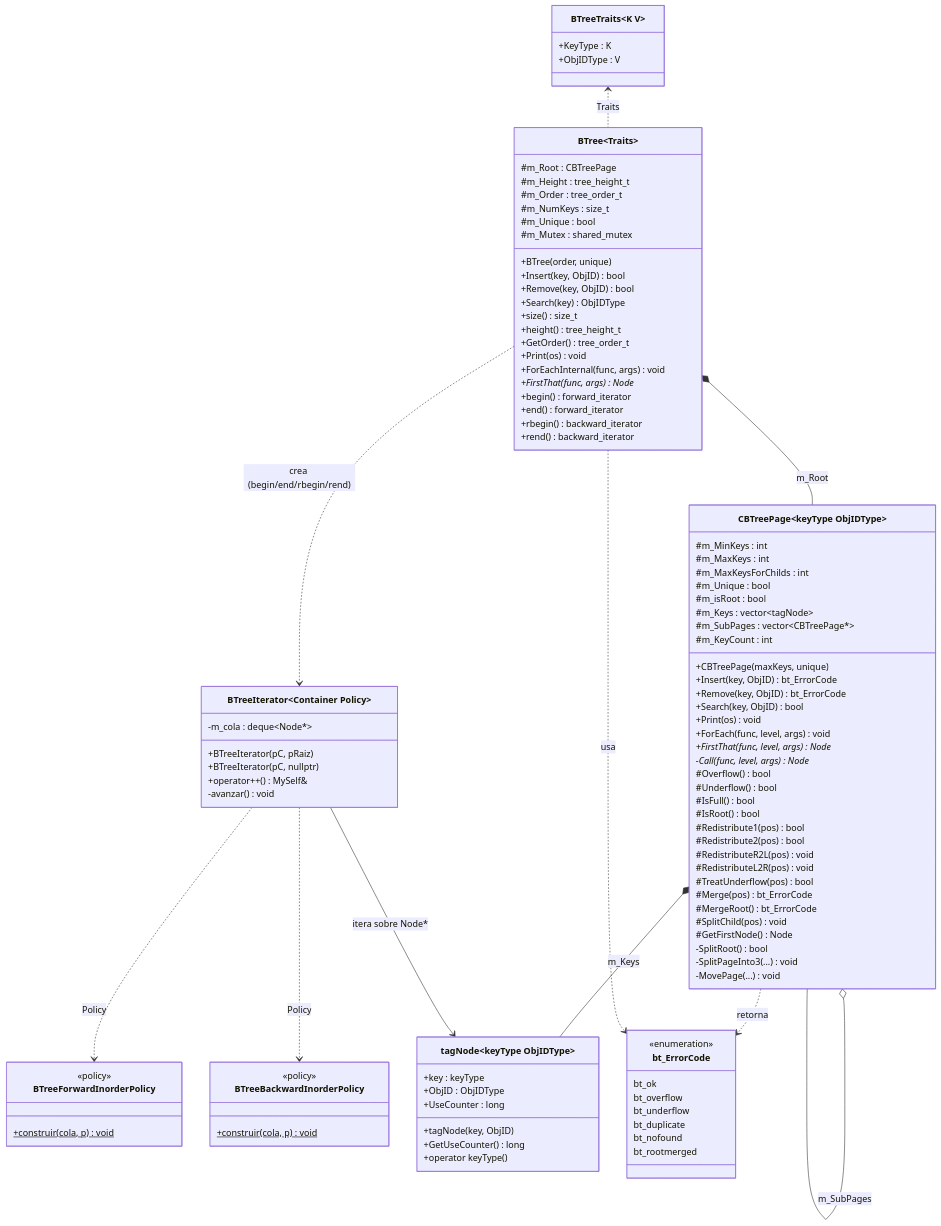
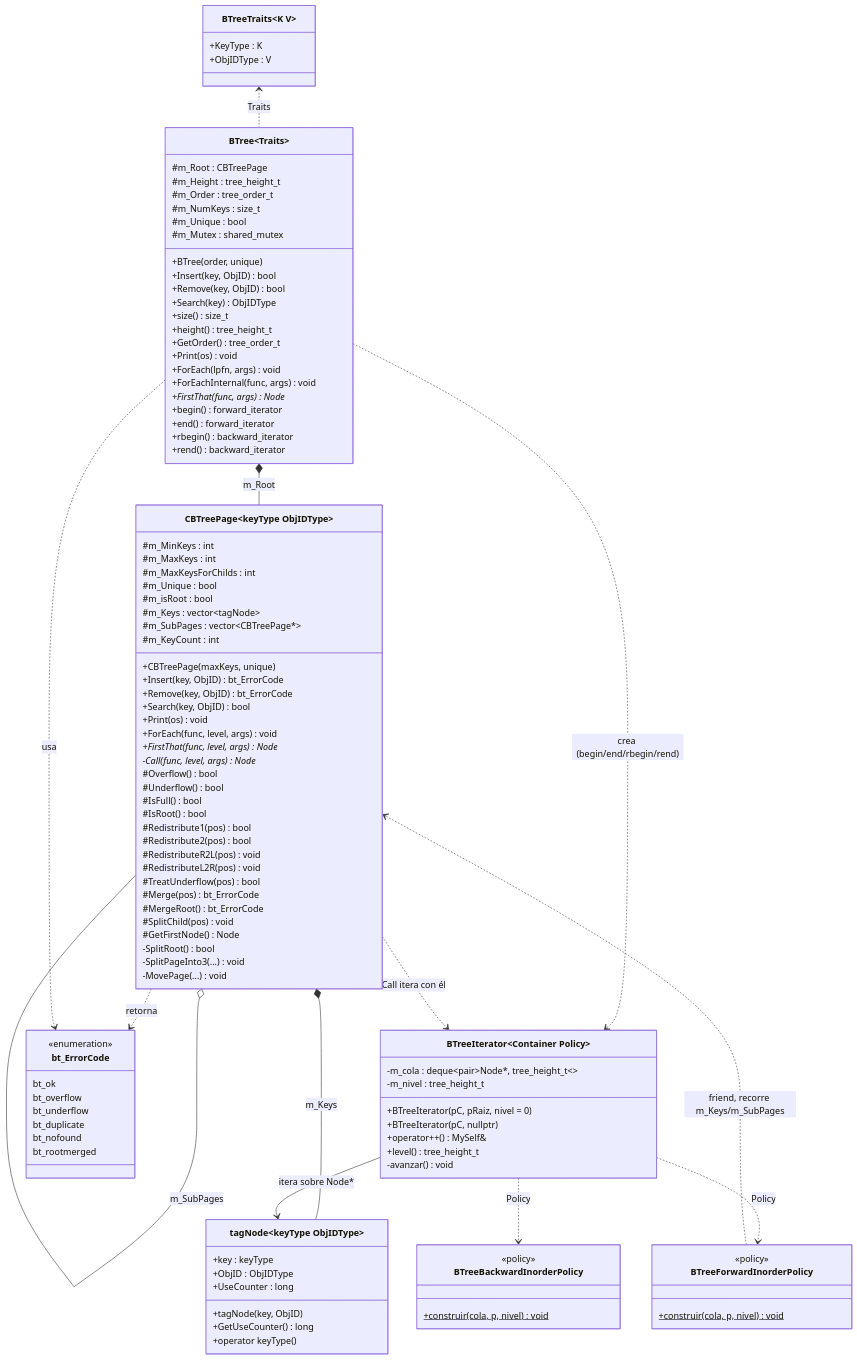
The first of 6 diagrams in BTree.md (Camilo-vinatea/2026-I-MCC001-AED), drawn with Mermaid before and after one commit. The commit also changed other lines of this file, not shown here.

````diff
--- a/BTree.md
+++ b/BTree.md
@@ -24,6 +24,7 @@
         +height() tree_height_t
         +GetOrder() tree_order_t
         +Print(os) void
+        +ForEach(lpfn, args) void
         +ForEachInternal(func, args) void
         +FirstThat(func, args) Node*
         +begin() forward_iterator
@@ -33,21 +34,23 @@
     }
 
     class BTreeIterator~Container Policy~ {
-        -m_cola : deque~Node*~
-        +BTreeIterator(pC, pRaiz)
+        -m_cola : deque~pair~Node*, tree_height_t~~
+        -m_nivel : tree_height_t
+        +BTreeIterator(pC, pRaiz, nivel = 0)
         +BTreeIterator(pC, nullptr)
         +operator++() MySelf&
+        +level() tree_height_t
         -avanzar() void
     }
 
     class BTreeForwardInorderPolicy {
         <<policy>>
-        +construir(cola, p)$ void
+        +construir(cola, p, nivel)$ void
     }
 
     class BTreeBackwardInorderPolicy {
         <<policy>>
-        +construir(cola, p)$ void
+        +construir(cola, p, nivel)$ void
     }
 
     class tagNode~keyType ObjIDType~ {
@@ -114,4 +117,6 @@
     BTreeIterator ..> BTreeForwardInorderPolicy : Policy
     BTreeIterator ..> BTreeBackwardInorderPolicy : Policy
     BTreeIterator --> tagNode : itera sobre Node*
+    BTreeForwardInorderPolicy ..> CBTreePage : friend, recorre m_Keys/m_SubPages
+    CBTreePage ..> BTreeIterator : Call itera con él
 ```
````
